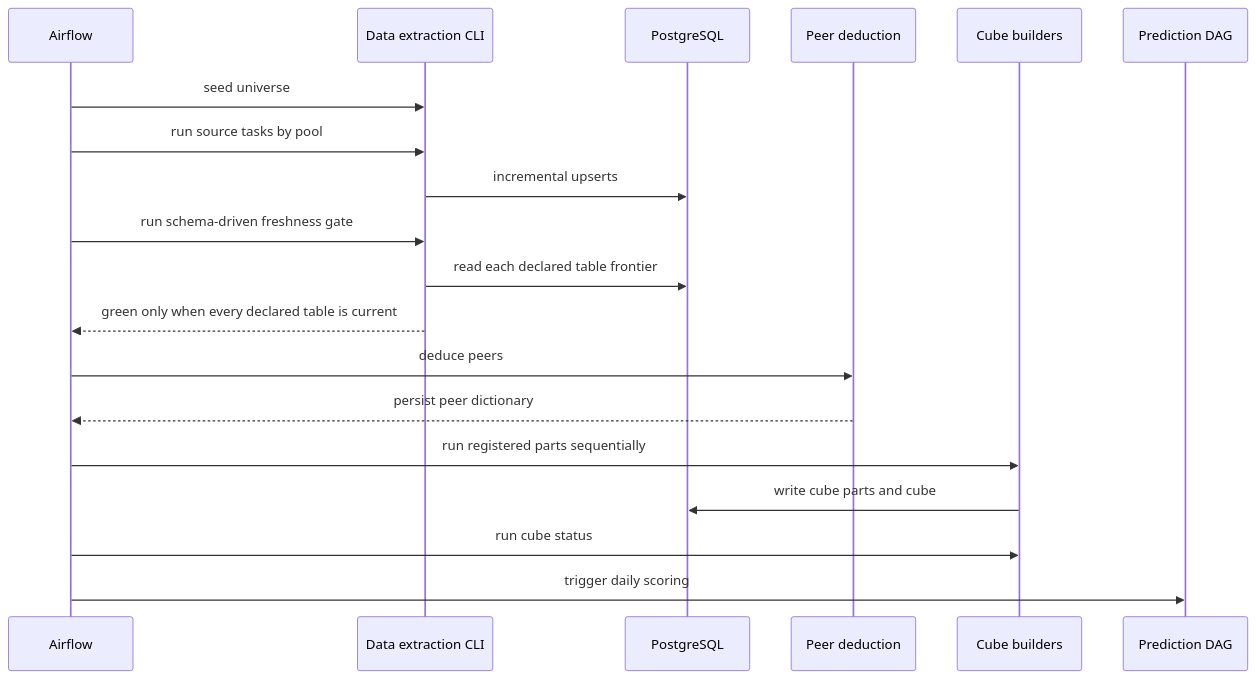
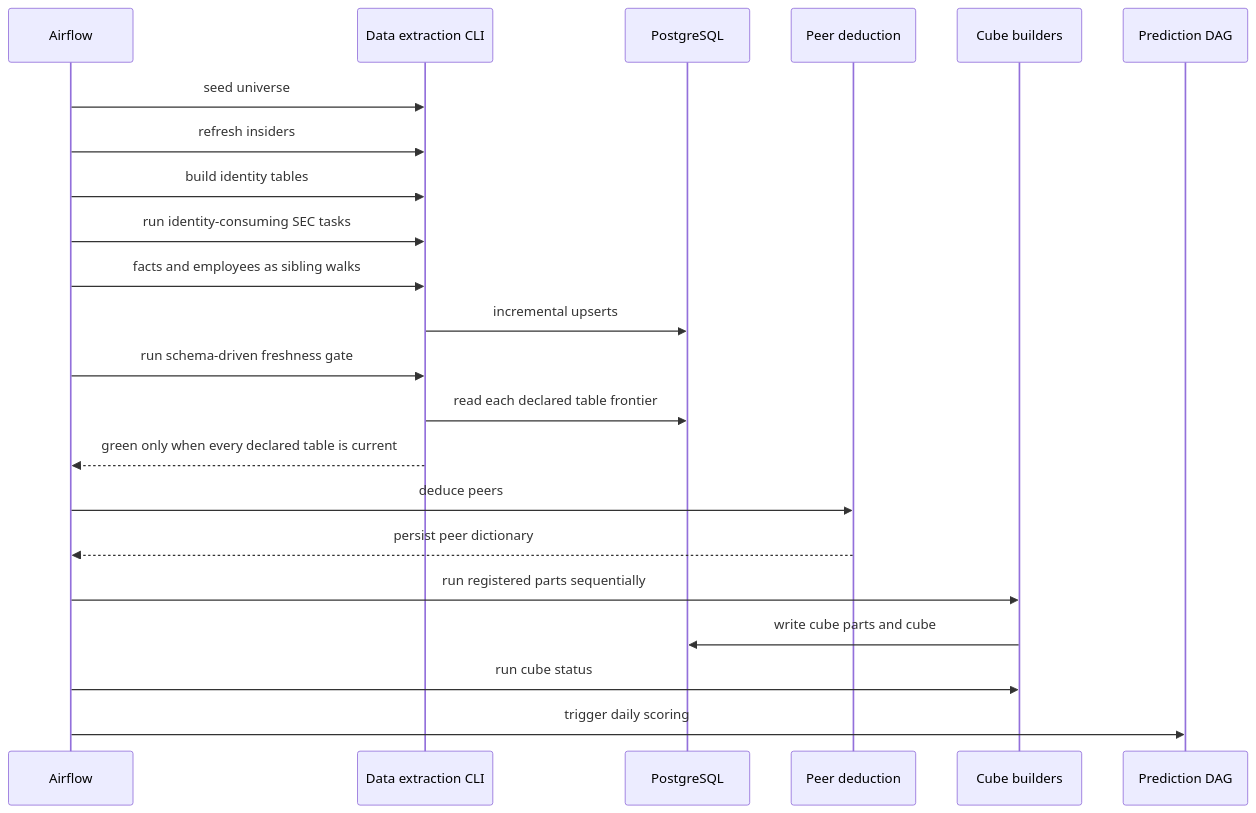
The diagram in wiki/flows/nightly-data-refresh.md (alexandredelarrard/PEA), drawn with Mermaid before and after one commit. The commit also changed other lines of this file and 9 other files, not shown here.

Commit message:
Document identity-first SEC extraction

```diff
--- a/wiki/flows/nightly-data-refresh.md
+++ b/wiki/flows/nightly-data-refresh.md
@@ -21,21 +21,24 @@
 ~~~mermaid
 sequenceDiagram
   participant Airflow
   participant Extract as Data extraction CLI
   participant Store as PostgreSQL
   participant Peers as Peer deduction
   participant Cube as Cube builders
   participant Predict as Prediction DAG
   Airflow->>Extract: seed universe
-  Airflow->>Extract: run source tasks by pool
+  Airflow->>Extract: refresh insiders
+  Airflow->>Extract: build identity tables
+  Airflow->>Extract: run identity-consuming SEC tasks
+  Airflow->>Extract: facts and employees as sibling walks
   Extract->>Store: incremental upserts
   Airflow->>Extract: run schema-driven freshness gate
   Extract->>Store: read each declared table frontier
   Extract-->>Airflow: green only when every declared table is current
   Airflow->>Peers: deduce peers
   Peers-->>Airflow: persist peer dictionary
   Airflow->>Cube: run registered parts sequentially
   Cube->>Store: write cube parts and cube
   Airflow->>Cube: run cube status
   Airflow->>Predict: trigger daily scoring
 ~~~
```
